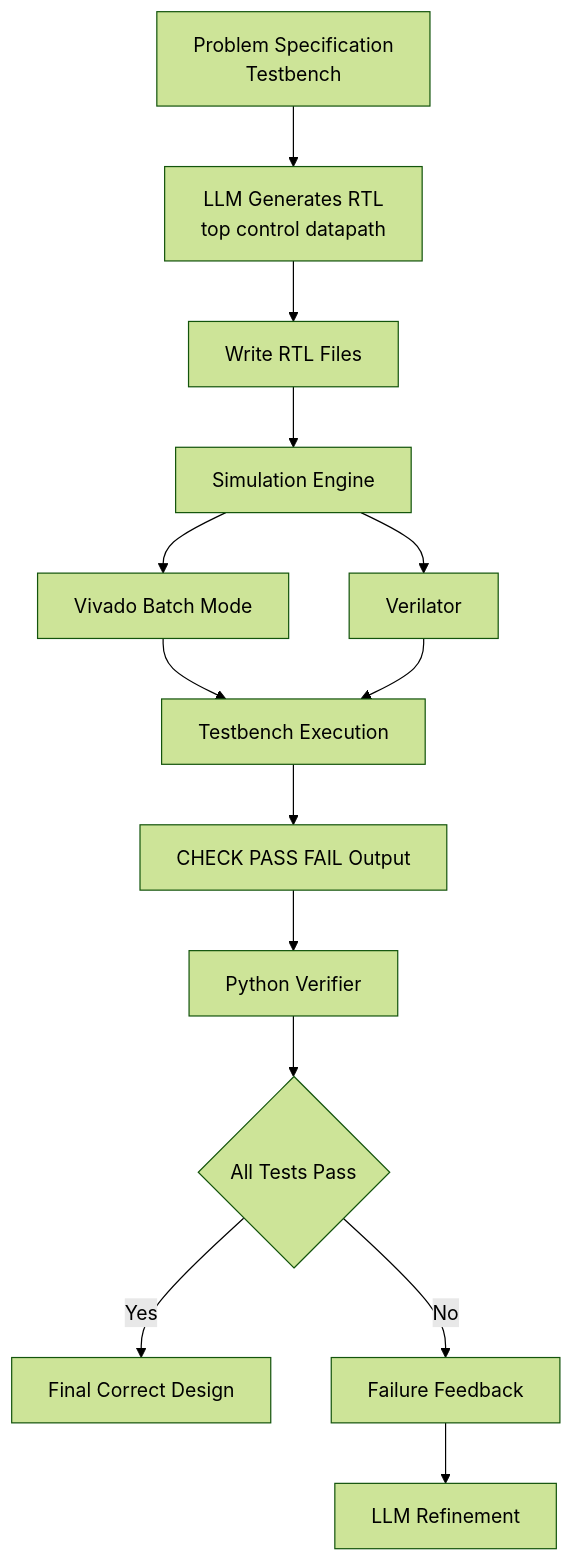
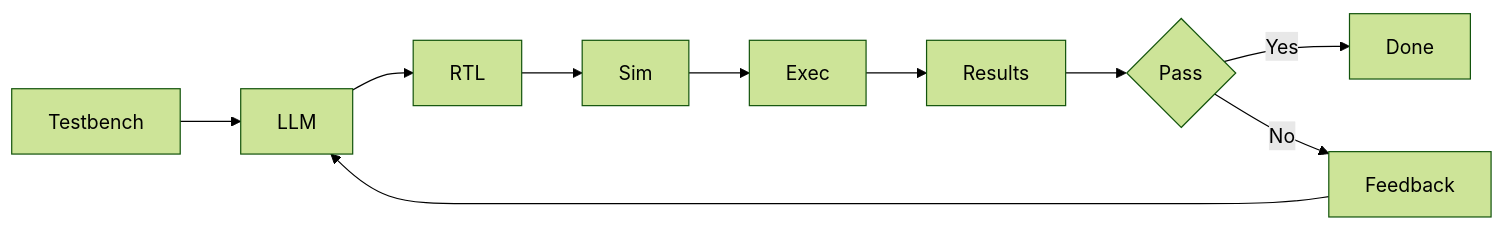
One commit to KumudaSG/ai-rtl-verifier changed the diagram in README.md. Above: the diagram before and after it, drawn with Mermaid (forest theme).

Commit message:
Revise flowchart in README for system workflow
Updated flowchart to reflect changes in the system workflow.

````diff
--- a/README.md
+++ b/README.md
@@ -80,28 +80,18 @@
 ```mermaid
-flowchart TD
+flowchart LR
 
-A[Problem Specification<br>Testbench] --> B[LLM Generates RTL<br>top control datapath]
+A[Testbench] --> B[LLM]
+B --> C[RTL]
+C --> D[Sim]
 
-B --> C[Write RTL Files]
+D --> E[Exec]
+E --> F[Results]
 
-C --> D[Simulation Engine]
+F --> G{Pass}
 
-D --> D1[Vivado Batch Mode]
-D --> D2[Verilator]
+G -->|Yes| H[Done]
+G -->|No| I[Feedback]
 
-D1 --> E[Testbench Execution]
-D2 --> E[Testbench Execution]
-
-E --> F[CHECK PASS FAIL Output]
-
-F --> G[Python Verifier]
-
-G --> H{All Tests Pass}
-
-H -->|Yes| I[Final Correct Design]
-
-H -->|No| J[Failure Feedback]
-
-J --> K[LLM Refinement]
+I --> B
  
 ```
````
